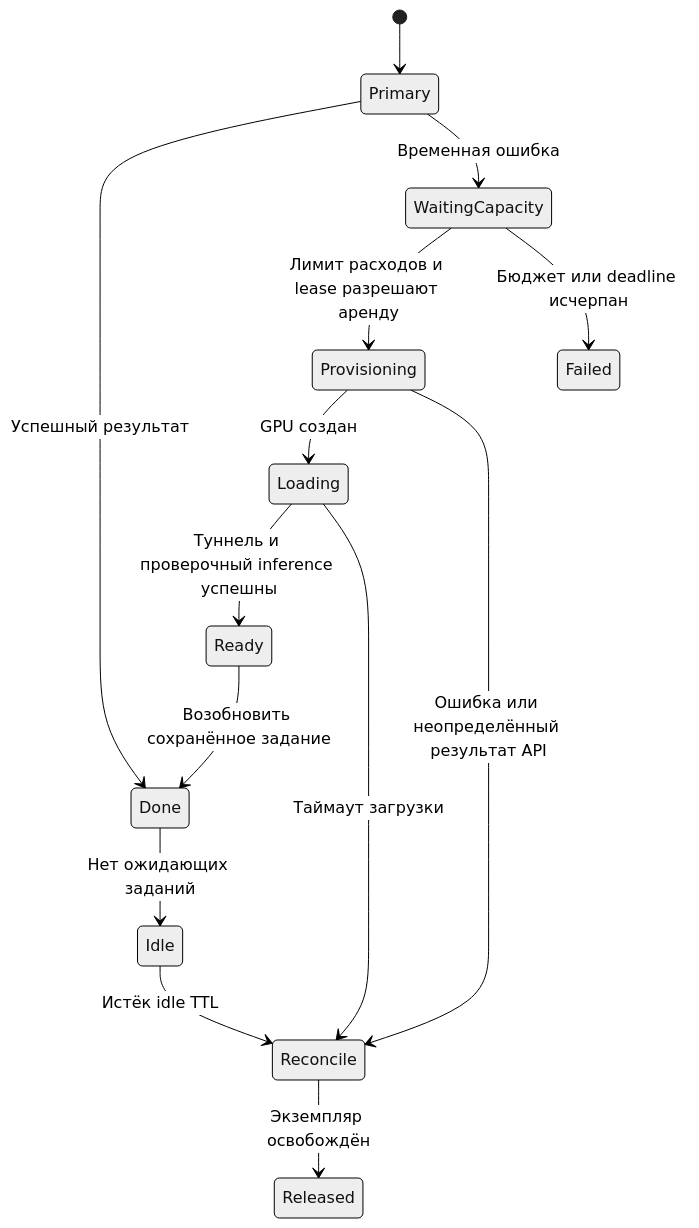
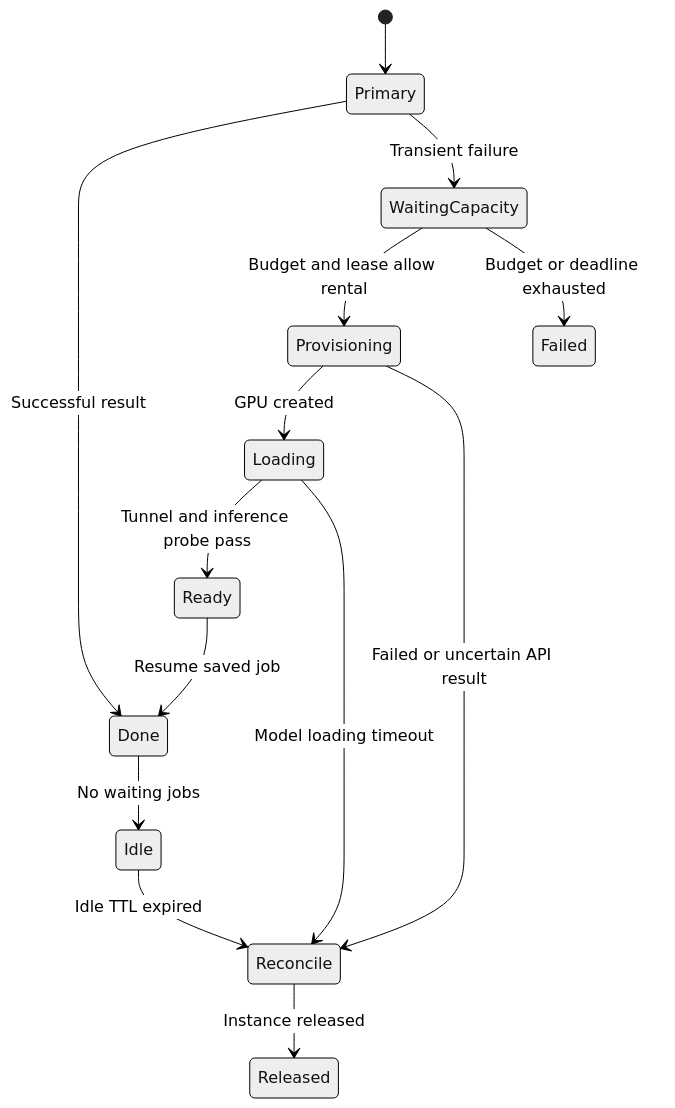
The second of 2 diagrams in docs/self-hosted-llm.md (Chaapa/VMerger), drawn with Mermaid (neutral theme) before and after one commit. The commit also changed other lines of this file and 10 other files, not shown here.

````diff
--- a/docs/self-hosted-llm.md
+++ b/docs/self-hosted-llm.md
@@ -96,16 +96,16 @@
 ```mermaid
 stateDiagram-v2
     [*] --> Primary
-    Primary --> Done: Успешный результат
-    Primary --> WaitingCapacity: Временная ошибка
-    WaitingCapacity --> Provisioning: Лимит расходов и lease разрешают аренду
-    WaitingCapacity --> Failed: Бюджет или deadline исчерпан
-    Provisioning --> Loading: GPU создан
-    Provisioning --> Reconcile: Ошибка или неопределённый результат API
-    Loading --> Ready: Туннель и проверочный inference успешны
-    Loading --> Reconcile: Таймаут загрузки
-    Ready --> Done: Возобновить сохранённое задание
-    Done --> Idle: Нет ожидающих заданий
-    Idle --> Reconcile: Истёк idle TTL
-    Reconcile --> Released: Экземпляр освобождён
+    Primary --> Done: Successful result
+    Primary --> WaitingCapacity: Transient failure
+    WaitingCapacity --> Provisioning: Budget and lease allow rental
+    WaitingCapacity --> Failed: Budget or deadline exhausted
+    Provisioning --> Loading: GPU created
+    Provisioning --> Reconcile: Failed or uncertain API result
+    Loading --> Ready: Tunnel and inference probe pass
+    Loading --> Reconcile: Model loading timeout
+    Ready --> Done: Resume saved job
+    Done --> Idle: No waiting jobs
+    Idle --> Reconcile: Idle TTL expired
+    Reconcile --> Released: Instance released
 ```
````
